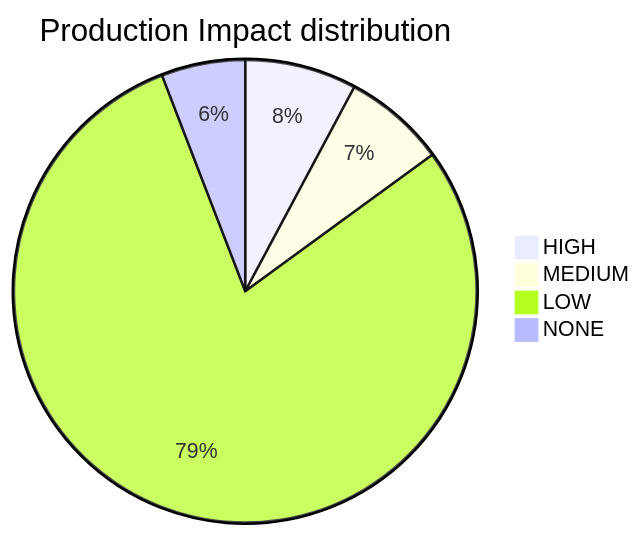
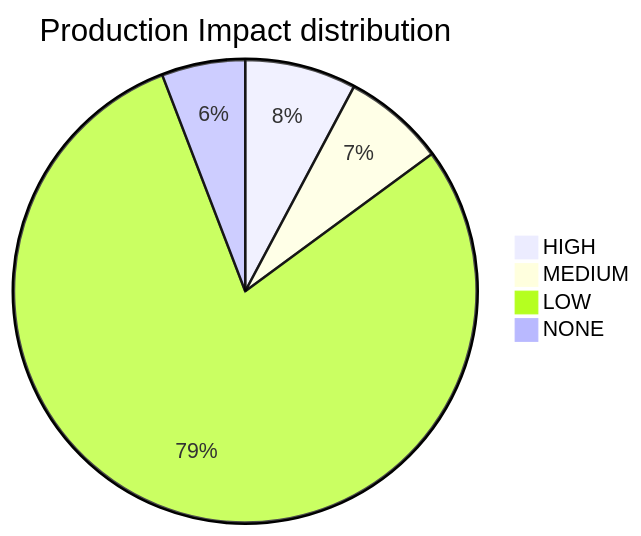
The diagram in PLATFORM_HEALTH.md (mikeybeezy/goldenpath-idp-infra), drawn with Mermaid before and after one commit. The commit also changed other lines of this file, not shown here.

````diff
--- a/PLATFORM_HEALTH.md
+++ b/PLATFORM_HEALTH.md
@@ -55,7 +55,7 @@
 ```mermaid
 pie title Production Impact distribution
     "HIGH" : 36
     "MEDIUM" : 33
-    "LOW" : 365
+    "LOW" : 367
     "NONE" : 27
 ```
````
